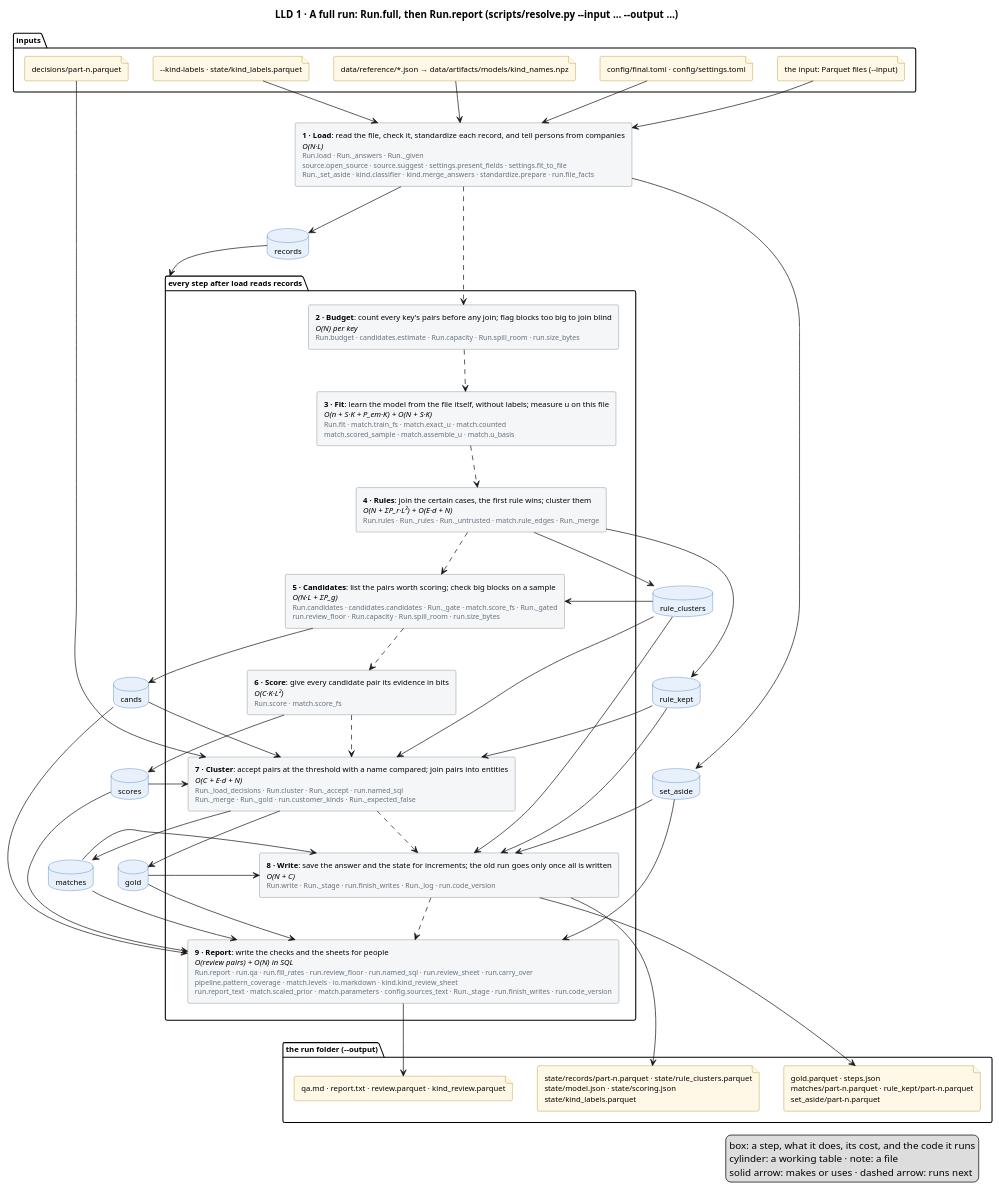
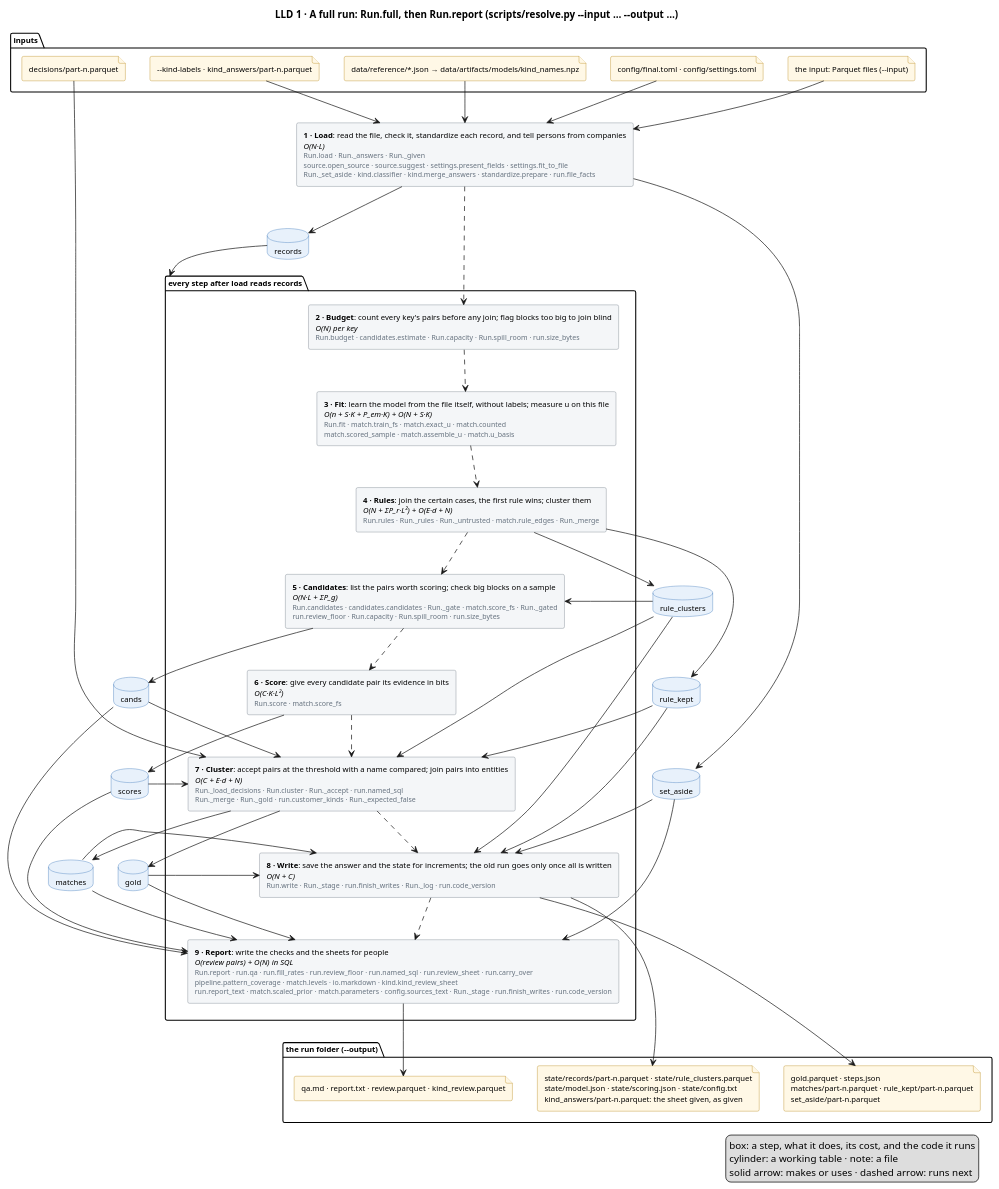
One commit to mvsbm/entity_matching changed the diagram in docs/diagrams/full-run.puml. Above: the diagram before and after it, drawn with PlantUML. The commit also changed 12 other files, not shown here.

First line of the commit message:
People's person/company answers kept as given, a part per sheet

```diff
--- a/docs/diagrams/full-run.puml
+++ b/docs/diagrams/full-run.puml
@@ -1,100 +1,100 @@
 @startuml full-run
 title LLD 1 · A full run: Run.full, then Run.report (scripts/resolve.py ~--input … ~--output …)
 skinparam defaultFontSize 11
 skinparam rectangle {
   BackgroundColor #F4F6F8
   BorderColor #65717E
 }
 skinparam database {
   BackgroundColor #E8F1FB
   BorderColor #2C6DB3
 }
 skinparam file {
   BackgroundColor #FFF8E6
   BorderColor #B07D00
 }
 
 package "inputs" {
   file "the input: Parquet files (~--input)" as f_input
   file "config/final.toml · config/settings.toml" as f_config
   file "data/reference/*.json → data/artifacts/models/kind_names.npz" as f_names
-  file "~--kind-labels · state/kind_labels.parquet" as f_answers
+  file "~--kind-labels · kind_answers/part-n.parquet" as f_answers
   file "decisions/part-n.parquet" as f_decisions
 }
 
 
 rectangle "<b>1 · Load</b>: read the file, check it, standardize each record, and tell persons from companies\n<i>O(N·L)</i>\n<size:10><color:#65717E>Run.load · Run._answers · Run._given</color></size>\n<size:10><color:#65717E>source.open_source · source.suggest · settings.present_fields · settings.fit_to_file</color></size>\n<size:10><color:#65717E>Run._set_aside · kind.classifier · kind.merge_answers · standardize.prepare · run.file_facts</color></size>" as load
 package "every step after load reads records" as after_load {
   rectangle "<b>2 · Budget</b>: count every key's pairs before any join; flag blocks too big to join blind\n<i>O(N) per key</i>\n<size:10><color:#65717E>Run.budget · candidates.estimate · Run.capacity · Run.spill_room · run.size_bytes</color></size>" as budget
   rectangle "<b>3 · Fit</b>: learn the model from the file itself, without labels; measure u on this file\n<i>O(n + S·K + P_em·K) + O(N + S·K)</i>\n<size:10><color:#65717E>Run.fit · match.train_fs · match.exact_u · match.counted</color></size>\n<size:10><color:#65717E>match.scored_sample · match.assemble_u · match.u_basis</color></size>" as fit
   rectangle "<b>4 · Rules</b>: join the certain cases, the first rule wins; cluster them\n<i>O(N + ΣP_r·L²) + O(E·d + N)</i>\n<size:10><color:#65717E>Run.rules · Run._rules · Run._untrusted · match.rule_edges · Run._merge</color></size>" as rules
   rectangle "<b>5 · Candidates</b>: list the pairs worth scoring; check big blocks on a sample\n<i>O(N·L + ΣP_g)</i>\n<size:10><color:#65717E>Run.candidates · candidates.candidates · Run._gate · match.score_fs · Run._gated</color></size>\n<size:10><color:#65717E>run.review_floor · Run.capacity · Run.spill_room · run.size_bytes</color></size>" as candidates
   rectangle "<b>6 · Score</b>: give every candidate pair its evidence in bits\n<i>O(C·K·L²)</i>\n<size:10><color:#65717E>Run.score · match.score_fs</color></size>" as score
   rectangle "<b>7 · Cluster</b>: accept pairs at the threshold with a name compared; join pairs into entities\n<i>O(C + E·d + N)</i>\n<size:10><color:#65717E>Run._load_decisions · Run.cluster · Run._accept · run.named_sql</color></size>\n<size:10><color:#65717E>Run._merge · Run._gold · run.customer_kinds · Run._expected_false</color></size>" as cluster
   rectangle "<b>8 · Write</b>: save the answer and the state for increments; the old run goes only once all is written\n<i>O(N + C)</i>\n<size:10><color:#65717E>Run.write · Run._stage · run.finish_writes · Run._log · run.code_version</color></size>" as write
   rectangle "<b>9 · Report</b>: write the checks and the sheets for people\n<i>O(review pairs) + O(N) in SQL</i>\n<size:10><color:#65717E>Run.report · run.qa · run.fill_rates · run.review_floor · run.named_sql · run.review_sheet · run.carry_over</color></size>\n<size:10><color:#65717E>pipeline.pattern_coverage · match.levels · io.markdown · kind.kind_review_sheet</color></size>\n<size:10><color:#65717E>run.report_text · match.scaled_prior · match.parameters · config.sources_text · Run._stage · run.finish_writes · run.code_version</color></size>" as report
 }
 database "records" as records
 database "set_aside" as set_aside
 database "rule_clusters" as rule_clusters
 database "rule_kept" as rule_kept
 database "cands" as cands
 database "scores" as scores
 database "matches" as matches
 database "gold" as gold
 
 package "the run folder (~--output)" {
   file "gold.parquet · steps.json\nmatches/part-n.parquet · rule_kept/part-n.parquet\nset_aside/part-n.parquet" as f_out
-  file "state/records/part-n.parquet · state/rule_clusters.parquet\nstate/model.json · state/scoring.json\nstate/kind_labels.parquet" as f_state
+  file "state/records/part-n.parquet · state/rule_clusters.parquet\nstate/model.json · state/scoring.json · state/config.txt\nkind_answers/part-n.parquet: the sheet given, as given" as f_state
   file "qa.md · report.txt · review.parquet · kind_review.parquet" as f_people
 }
 
 f_input --> load
 f_config --> load
 f_names --> load
 f_answers --> load
 f_decisions --> cluster
 
 load ..> budget
 budget ..> fit
 fit ..> rules
 rules ..> candidates
 candidates ..> score
 score ..> cluster
 cluster ..> write
 write ..> report
 
 load --> records
 load --> set_aside
 records --> after_load
 rules --> rule_clusters
 rules --> rule_kept
 rule_clusters --> candidates
 rule_clusters --> cluster
 rule_clusters --> write
 rule_kept --> cluster
 rule_kept --> write
 candidates --> cands
 cands --> cluster
 cands --> report
 score --> scores
 scores --> cluster
 scores --> report
 cluster --> matches
 cluster --> gold
 matches --> write
 matches --> report
 gold --> write
 gold --> report
 set_aside --> write
 set_aside --> report
 
 write --> f_out
 write --> f_state
 report --> f_people
 legend right
   box: a step, what it does, its cost, and the code it runs
   cylinder: a working table · note: a file
   solid arrow: makes or uses · dashed arrow: runs next
 endlegend
 @enduml
```
